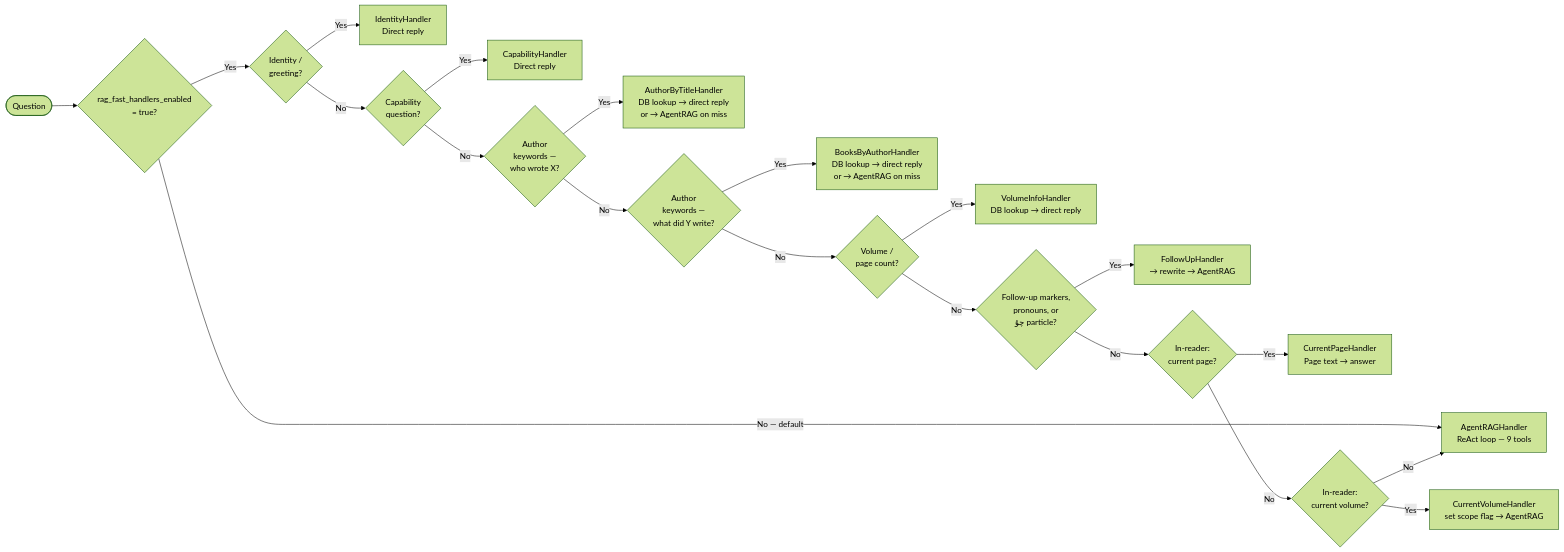
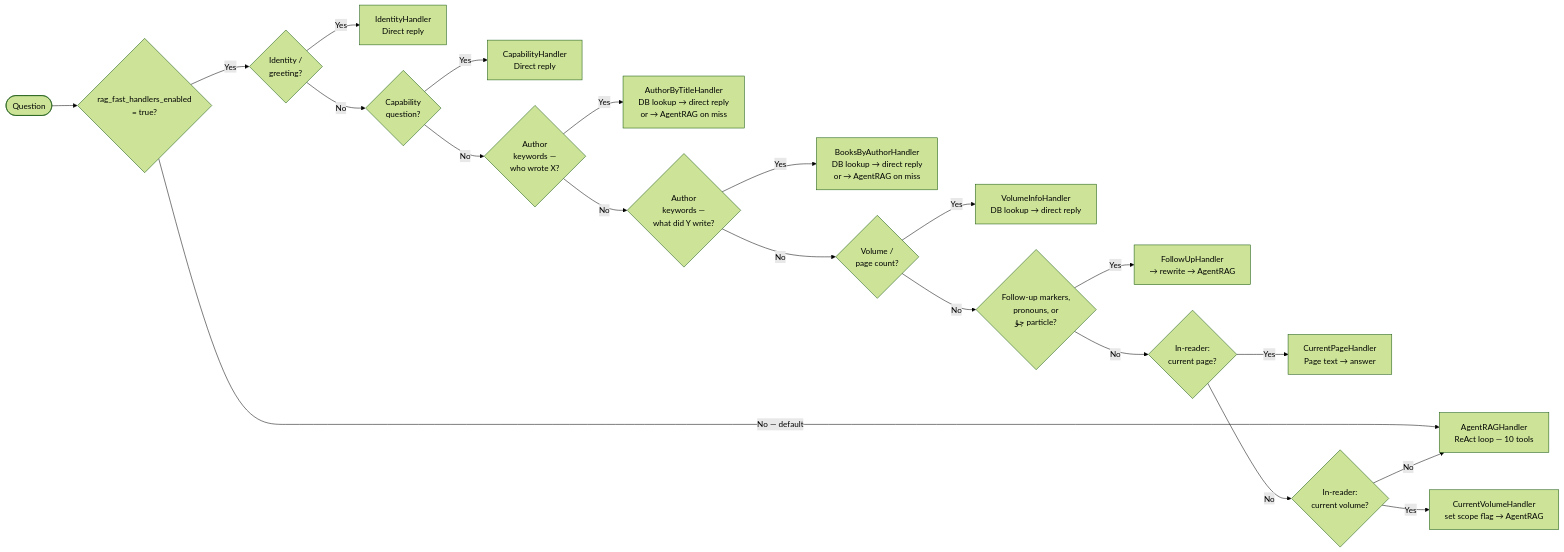
Before and after one commit to Kitabim-AI/kitabim-ai: the second of 3 diagrams in docs/main/QUESTION_ANSWERING_DIAGRAM.md, drawn with Mermaid (forest theme). The commit also changed other lines of this file and 4 other files, not shown here.

````diff
--- a/docs/main/QUESTION_ANSWERING_DIAGRAM.md
+++ b/docs/main/QUESTION_ANSWERING_DIAGRAM.md
@@ -144,25 +145,25 @@
 ```mermaid
 flowchart LR
     Q([Question]) --> FLAG
 
     FLAG{rag_fast_handlers_enabled\n= true?}
-    FLAG -->|No — default| RAGENT[AgentRAGHandler\nReAct loop — 9 tools]
+    FLAG -->|No — default| RAGENT[AgentRAGHandler\nReAct loop — 10 tools]
 
     FLAG -->|Yes| P1
     P1{Identity /\ngreeting?} -->|Yes| R1[IdentityHandler\nDirect reply]
     P1 -->|No| P2
     P2{Capability\nquestion?} -->|Yes| R2[CapabilityHandler\nDirect reply]
     P2 -->|No| P3
     P3{Author\nkeywords —\nwho wrote X?} -->|Yes| R3[AuthorByTitleHandler\nDB lookup → direct reply\nor → AgentRAG on miss]
     P3 -->|No| P4
     P4{Author\nkeywords —\nwhat did Y write?} -->|Yes| R4[BooksByAuthorHandler\nDB lookup → direct reply\nor → AgentRAG on miss]
     P4 -->|No| P5
     P5{Volume /\npage count?} -->|Yes| R5[VolumeInfoHandler\nDB lookup → direct reply]
     P5 -->|No| P6
     P6{Follow-up markers,\npronouns, or\nچۇ particle?} -->|Yes| R6[FollowUpHandler\n→ rewrite → AgentRAG]
     P6 -->|No| P7
     P7{In-reader:\ncurrent page?} -->|Yes| R7[CurrentPageHandler\nPage text → answer]
     P7 -->|No| P8
     P8{In-reader:\ncurrent volume?} -->|Yes| R8[CurrentVolumeHandler\nset scope flag → AgentRAG]
     P8 -->|No| RAGENT
 ```
````
